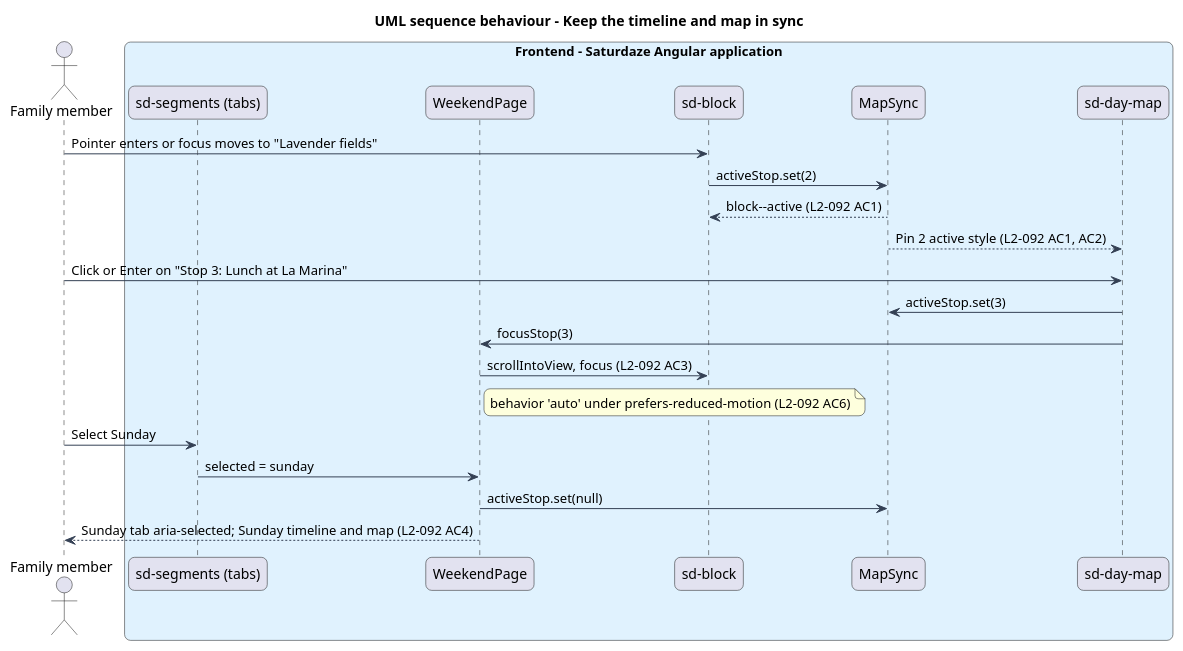
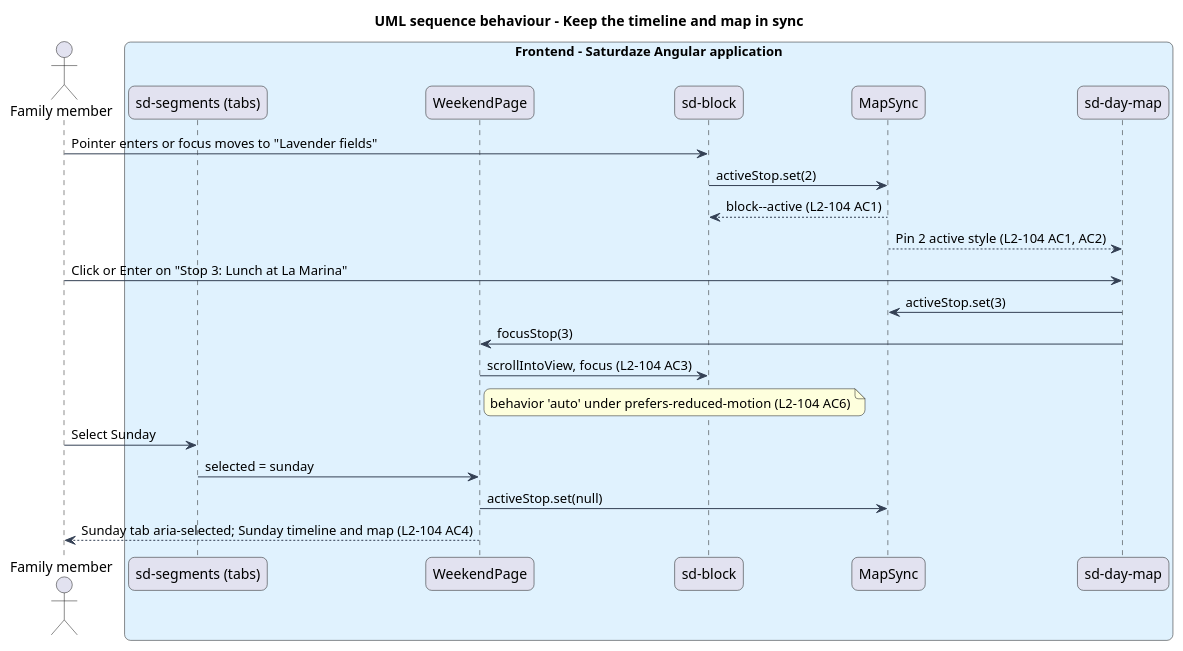
One commit to QuinntyneBrown/saturdaze changed the diagram in docs/detailed-designs/weekend-planning/map-itinerary-and-travel-legs/diagrams/sequence-sync.puml. Above: the diagram before and after it, drawn with PlantUML. The commit also changed 164 other files, not shown here.

```diff
--- a/docs/detailed-designs/weekend-planning/map-itinerary-and-travel-legs/diagrams/sequence-sync.puml
+++ b/docs/detailed-designs/weekend-planning/map-itinerary-and-travel-legs/diagrams/sequence-sync.puml
@@ -1,29 +1,29 @@
 @startuml
 title UML sequence behaviour - Keep the timeline and map in sync
 skinparam backgroundColor #FFFFFF
 skinparam shadowing false
 skinparam roundcorner 12
 skinparam defaultFontName Arial
 skinparam ArrowColor #344054
 actor "Family member" as actor
 box "Frontend - Saturdaze Angular application" #E0F2FE
  participant "sd-segments (tabs)" as tabs
  participant "WeekendPage" as page
  participant "sd-block" as block
  participant "MapSync" as sync
  participant "sd-day-map" as map
 end box
 actor -> block : Pointer enters or focus moves to "Lavender fields"
 block -> sync : activeStop.set(2)
-sync --> block : block--active (L2-092 AC1)
-sync --> map : Pin 2 active style (L2-092 AC1, AC2)
+sync --> block : block--active (L2-104 AC1)
+sync --> map : Pin 2 active style (L2-104 AC1, AC2)
 actor -> map : Click or Enter on "Stop 3: Lunch at La Marina"
 map -> sync : activeStop.set(3)
 map -> page : focusStop(3)
-page -> block : scrollIntoView, focus (L2-092 AC3)
-note right of page : behavior 'auto' under prefers-reduced-motion (L2-092 AC6)
+page -> block : scrollIntoView, focus (L2-104 AC3)
+note right of page : behavior 'auto' under prefers-reduced-motion (L2-104 AC6)
 actor -> tabs : Select Sunday
 tabs -> page : selected = sunday
 page -> sync : activeStop.set(null)
-page --> actor : Sunday tab aria-selected; Sunday timeline and map (L2-092 AC4)
+page --> actor : Sunday tab aria-selected; Sunday timeline and map (L2-104 AC4)
 @enduml
```
